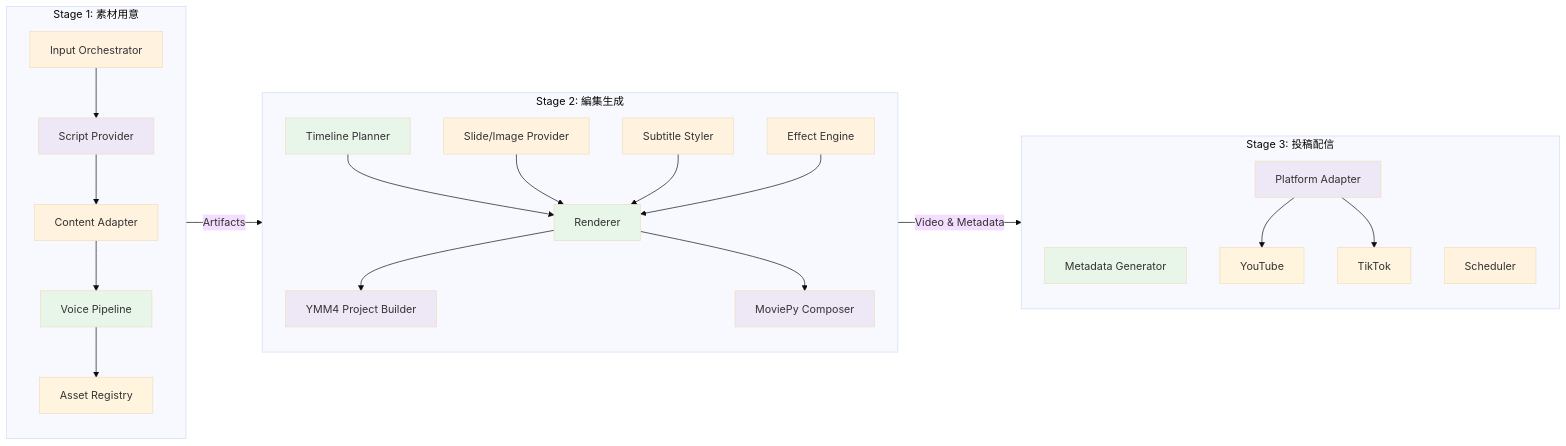
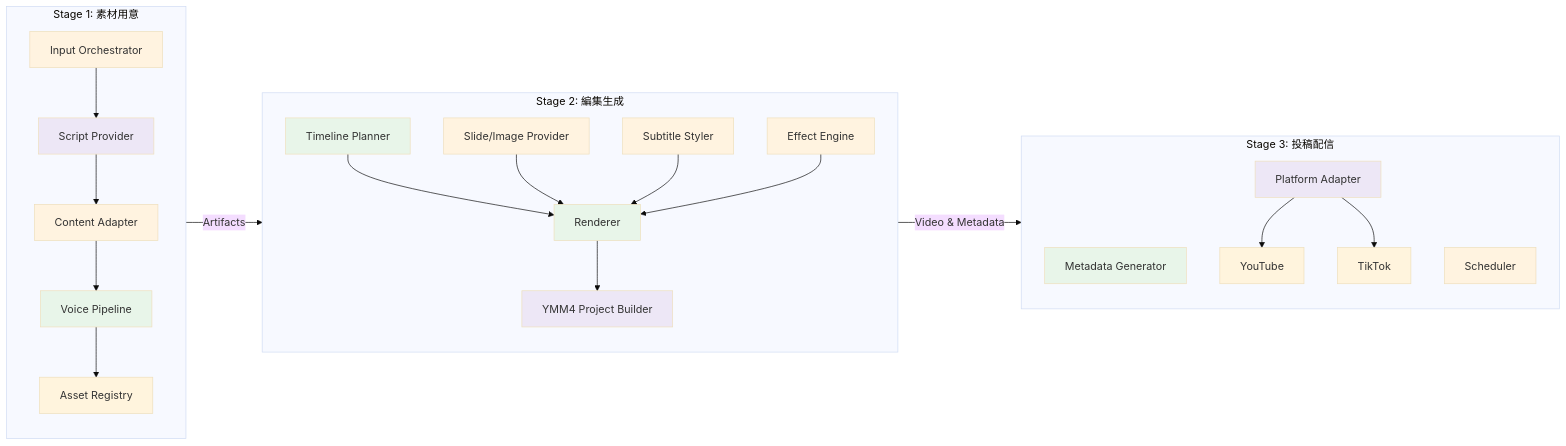
Before and after one commit to YuShimoji/NLMandSlideVideoGenerator: the first of 3 diagrams in docs/system_architecture.md, drawn with Mermaid (base theme). The commit also changed other lines of this file and 7 other files, not shown here.

````diff
--- a/docs/system_architecture.md
+++ b/docs/system_architecture.md
@@ -9,41 +9,40 @@
 ```mermaid
 flowchart LR
     subgraph S1[Stage 1: 素材用意]
         A1[Input Orchestrator] --> A2[Script Provider]
         A2 --> A3[Content Adapter]
         A3 --> A4[Voice Pipeline]
         A4 --> A5[Asset Registry]
     end
 
     subgraph S2[Stage 2: 編集生成]
         B1[Timeline Planner]
         B2[Slide/Image Provider]
         B3[Subtitle Styler]
         B4[Effect Engine]
         B5[Renderer]
         B1 --> B5
         B2 --> B5
         B3 --> B5
         B4 --> B5
         B5 --> B6[YMM4 Project Builder]
-        B5 --> B7[MoviePy Composer]
     end
 
     subgraph S3[Stage 3: 投稿配信]
         C1[Metadata Generator]
         C2[Scheduler]
         C3[Platform Adapter]
         C3 --> C4[YouTube]
         C3 --> C5[TikTok]
     end
 
     S1 -->|Artifacts| S2 -->|Video & Metadata| S3
 
     classDef auto fill:#e8f5e9
     classDef manual fill:#fff3e0
     classDef hybrid fill:#ede7f6
 
-    class A2,B6,B7,C3 hybrid
+    class A2,B6,C3 hybrid
     class A4,B1,B5,C1 auto
     class A1,A3,B2,B3,B4,C2 manual
 ```
````
